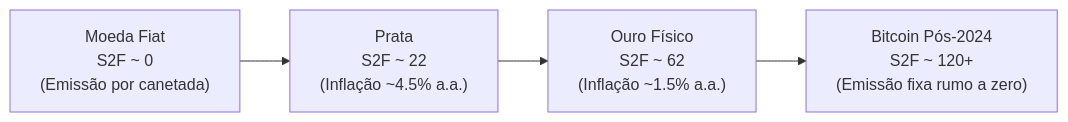
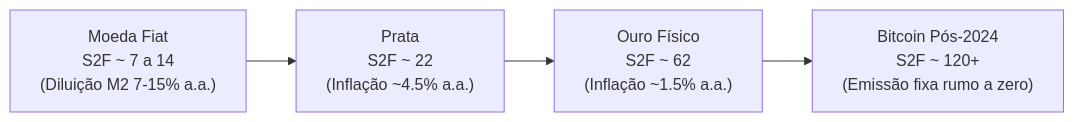
Before and after one commit to 7arthurfmelo-source/wiki: the second of 3 diagrams in content/05_Soberania_Digital_e_Bitcoin/02-bitcoin-as-5-fases-da-adocao-monetaria.md, drawn with Mermaid. The commit also changed other lines of this file and 5 other files, not shown here.

````diff
--- a/content/05_Soberania_Digital_e_Bitcoin/02-bitcoin-as-5-fases-da-adocao-monetaria.md
+++ b/content/05_Soberania_Digital_e_Bitcoin/02-bitcoin-as-5-fases-da-adocao-monetaria.md
@@ -118,6 +123,6 @@
 ```mermaid
 graph LR
-    Fiat["Moeda Fiat<br>S2F ~ 0<br>(Emissão por canetada)"] --> Prata["Prata<br>S2F ~ 22<br>(Inflação ~4.5% a.a.)"]
+    Fiat["Moeda Fiat<br>S2F ~ 7 a 14<br>(Diluição M2 7-15% a.a.)"] --> Prata["Prata<br>S2F ~ 22<br>(Inflação ~4.5% a.a.)"]
     Prata --> Ouro["Ouro Físico<br>S2F ~ 62<br>(Inflação ~1.5% a.a.)"]
     Ouro --> BTC["Bitcoin Pós-2024<br>S2F ~ 120+<br>(Emissão fixa rumo a zero)"]
 ```
````
